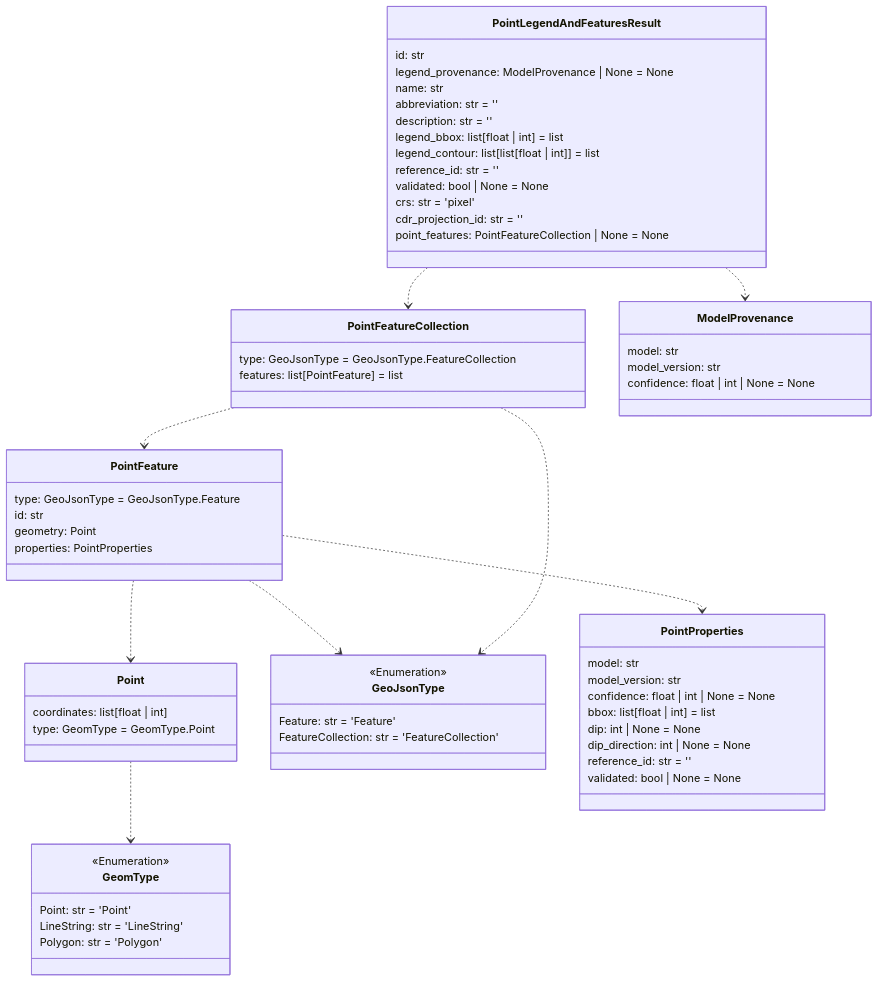
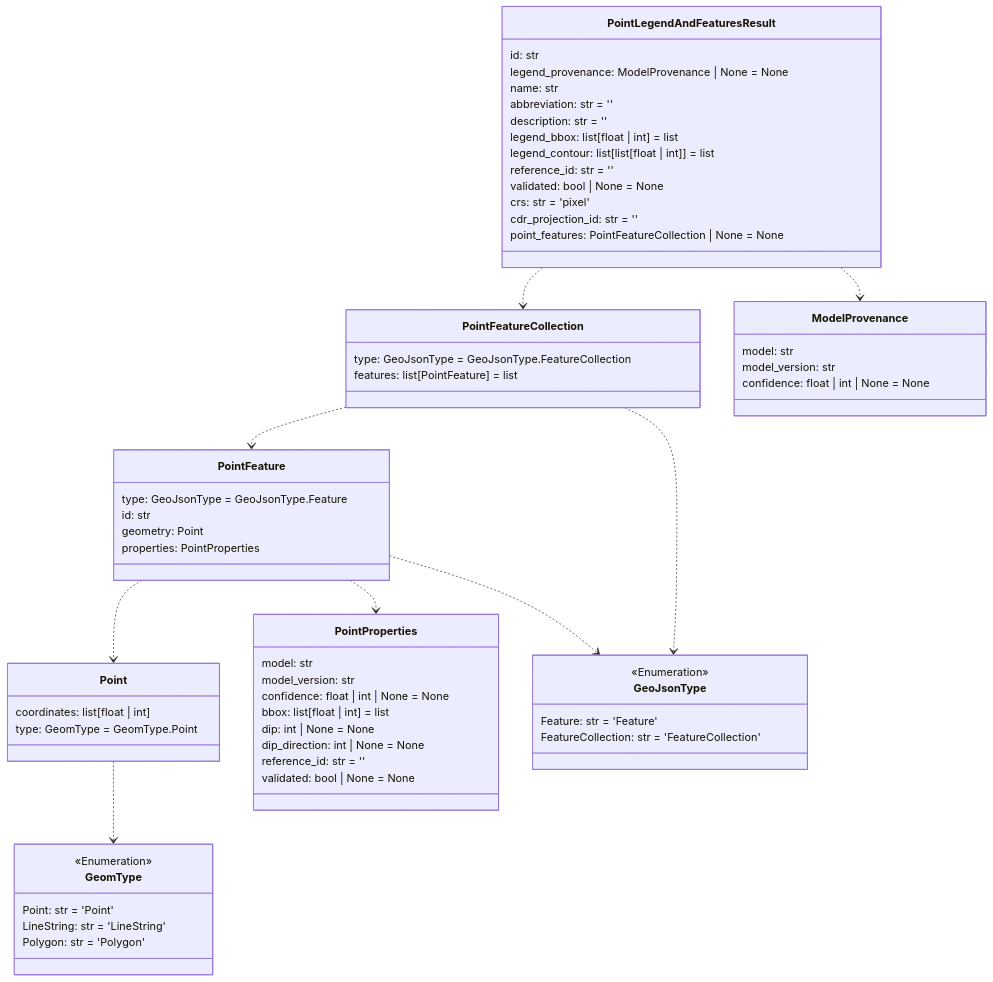
The fifth of 14 diagrams in README.md (DARPA-CRITICALMAAS/cdr_schemas), drawn with Mermaid before and after one commit. The commit also changed other lines of this file and 2 other files, not shown here.

````diff
--- a/README.md
+++ b/README.md
@@ -368,76 +368,76 @@
 ```mermaid
 classDiagram
+
+    class Point {
+        coordinates: list[float | int]
+        type: GeomType = GeomType.Point
+    }
 
     class PointFeatureCollection {
         type: GeoJsonType = GeoJsonType.FeatureCollection
         features: list[PointFeature] = list
+    }
+
+    class GeomType {
+        <<Enumeration>>
+        Point: str = 'Point'
+        LineString: str = 'LineString'
+        Polygon: str = 'Polygon'
+    }
+
+    class PointProperties {
+        model: str
+        model_version: str
+        confidence: float | int | None = None
+        bbox: list[float | int] = list
+        dip: int | None = None
+        dip_direction: int | None = None
+        reference_id: str = ''
+        validated: bool | None = None
     }
 
     class PointFeature {
         type: GeoJsonType = GeoJsonType.Feature
         id: str
         geometry: Point
         properties: PointProperties
     }
 
-    class ModelProvenance {
-        model: str
-        model_version: str
-        confidence: float | int | None = None
-    }
-
-    class GeomType {
+    class GeoJsonType {
         <<Enumeration>>
-        Point: str = 'Point'
-        LineString: str = 'LineString'
-        Polygon: str = 'Polygon'
+        Feature: str = 'Feature'
+        FeatureCollection: str = 'FeatureCollection'
     }
 
     class PointLegendAndFeaturesResult {
         id: str
         legend_provenance: ModelProvenance | None = None
         name: str
         abbreviation: str = ''
         description: str = ''
         legend_bbox: list[float | int] = list
         legend_contour: list[list[float | int]] = list
         reference_id: str = ''
         validated: bool | None = None
         crs: str = 'pixel'
         cdr_projection_id: str = ''
         point_features: PointFeatureCollection | None = None
     }
 
-    class Point {
-        coordinates: list[float | int]
-        type: GeomType = GeomType.Point
-    }
-
-    class GeoJsonType {
-        <<Enumeration>>
-        Feature: str = 'Feature'
-        FeatureCollection: str = 'FeatureCollection'
-    }
-
-    class PointProperties {
+    class ModelProvenance {
         model: str
         model_version: str
         confidence: float | int | None = None
-        bbox: list[float | int] = list
-        dip: int | None = None
-        dip_direction: int | None = None
-        reference_id: str = ''
-        validated: bool | None = None
     }
 
     Point ..> GeomType
     PointFeature ..> Point
+    PointFeature ..> PointProperties
     PointFeature ..> GeoJsonType
-    PointFeature ..> PointProperties
     PointFeatureCollection ..> PointFeature
     PointFeatureCollection ..> GeoJsonType
+    PointLegendAndFeaturesResult ..> PointFeatureCollection
     PointLegendAndFeaturesResult ..> ModelProvenance
-    PointLegendAndFeaturesResult ..> PointFeatureCollection
 
 
 ```
````
